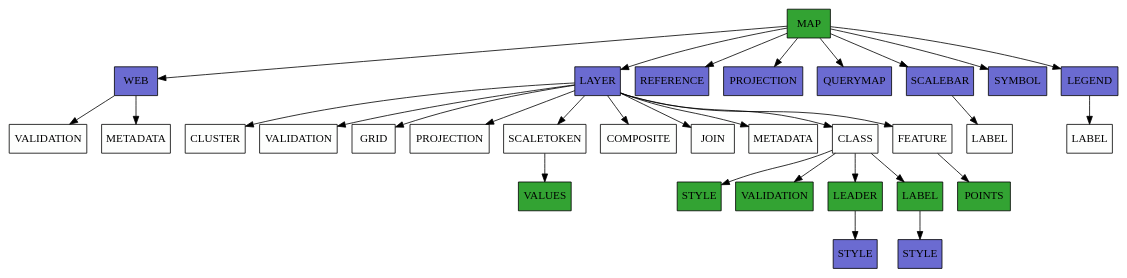
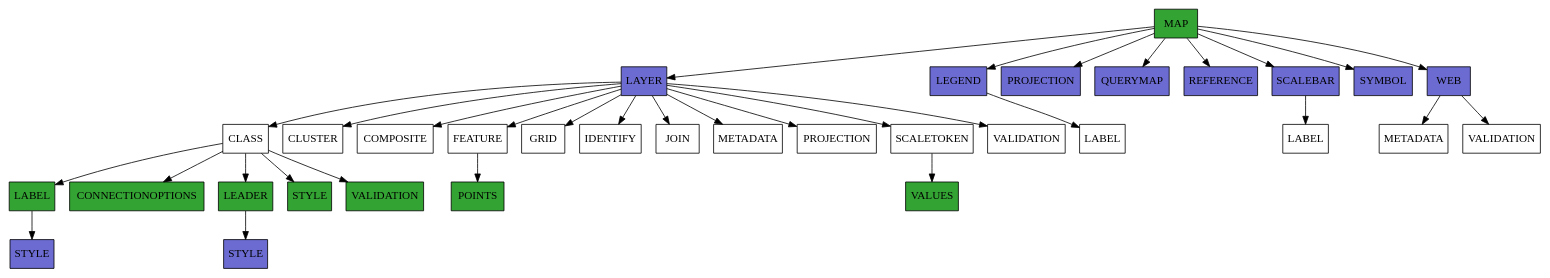
The diagram in docs/images/map_classes.dot (geographika/mappyfile), drawn with Graphviz before and after one commit. The commit also changed 13 other files, not shown here.

```diff
--- a/docs/images/map_classes.dot
+++ b/docs/images/map_classes.dot
@@ -1,64 +1,68 @@
 digraph G {
 rankdir=TB;
-MAP [shape=polygon, style=filled, fontname="Lucida Sans", fillcolor="#33a333", label=MAP];
-MAP_WEB [shape=polygon, style=filled, fontname="Lucida Sans", fillcolor="#6b6bd1", label=WEB];
+MAP [fillcolor="#33a333", fontname="Lucida Sans", label=MAP, shape=polygon, style=filled];
+MAP_LAYER [fillcolor="#6b6bd1", fontname="Lucida Sans", label=LAYER, shape=polygon, style=filled];
+MAP -> MAP_LAYER;
+MAP_LAYER_CLASS [fillcolor="#fdfefd", fontname="Lucida Sans", label=CLASS, shape=polygon, style=filled];
+MAP_LAYER -> MAP_LAYER_CLASS;
+MAP_LAYER_CLASS_LABEL [fillcolor="#33a333", fontname="Lucida Sans", label=LABEL, shape=polygon, style=filled];
+MAP_LAYER_CLASS -> MAP_LAYER_CLASS_LABEL;
+MAP_LAYER_CLASS_LABEL_STYLE [fillcolor="#6b6bd1", fontname="Lucida Sans", label=STYLE, shape=polygon, style=filled];
+MAP_LAYER_CLASS_LABEL -> MAP_LAYER_CLASS_LABEL_STYLE;
+MAP_LAYER_CLASS_CONNECTIONOPTIONS [fillcolor="#33a333", fontname="Lucida Sans", label=CONNECTIONOPTIONS, shape=polygon, style=filled];
+MAP_LAYER_CLASS -> MAP_LAYER_CLASS_CONNECTIONOPTIONS;
+MAP_LAYER_CLASS_LEADER [fillcolor="#33a333", fontname="Lucida Sans", label=LEADER, shape=polygon, style=filled];
+MAP_LAYER_CLASS -> MAP_LAYER_CLASS_LEADER;
+MAP_LAYER_CLASS_LEADER_STYLE [fillcolor="#6b6bd1", fontname="Lucida Sans", label=STYLE, shape=polygon, style=filled];
+MAP_LAYER_CLASS_LEADER -> MAP_LAYER_CLASS_LEADER_STYLE;
+MAP_LAYER_CLASS_STYLE [fillcolor="#33a333", fontname="Lucida Sans", label=STYLE, shape=polygon, style=filled];
+MAP_LAYER_CLASS -> MAP_LAYER_CLASS_STYLE;
+MAP_LAYER_CLASS_VALIDATION [fillcolor="#33a333", fontname="Lucida Sans", label=VALIDATION, shape=polygon, style=filled];
+MAP_LAYER_CLASS -> MAP_LAYER_CLASS_VALIDATION;
+MAP_LAYER_CLUSTER [fillcolor="#fdfefd", fontname="Lucida Sans", label=CLUSTER, shape=polygon, style=filled];
+MAP_LAYER -> MAP_LAYER_CLUSTER;
+MAP_LAYER_COMPOSITE [fillcolor="#fdfefd", fontname="Lucida Sans", label=COMPOSITE, shape=polygon, style=filled];
+MAP_LAYER -> MAP_LAYER_COMPOSITE;
+MAP_LAYER_FEATURE [fillcolor="#fdfefd", fontname="Lucida Sans", label=FEATURE, shape=polygon, style=filled];
+MAP_LAYER -> MAP_LAYER_FEATURE;
+MAP_LAYER_FEATURE_POINTS [fillcolor="#33a333", fontname="Lucida Sans", label=POINTS, shape=polygon, style=filled];
+MAP_LAYER_FEATURE -> MAP_LAYER_FEATURE_POINTS;
+MAP_LAYER_GRID [fillcolor="#fdfefd", fontname="Lucida Sans", label=GRID, shape=polygon, style=filled];
+MAP_LAYER -> MAP_LAYER_GRID;
+MAP_LAYER_IDENTIFY [fillcolor="#fdfefd", fontname="Lucida Sans", label=IDENTIFY, shape=polygon, style=filled];
+MAP_LAYER -> MAP_LAYER_IDENTIFY;
+MAP_LAYER_JOIN [fillcolor="#fdfefd", fontname="Lucida Sans", label=JOIN, shape=polygon, style=filled];
+MAP_LAYER -> MAP_LAYER_JOIN;
+MAP_LAYER_METADATA [fillcolor="#fdfefd", fontname="Lucida Sans", label=METADATA, shape=polygon, style=filled];
+MAP_LAYER -> MAP_LAYER_METADATA;
+MAP_LAYER_PROJECTION [fillcolor="#fdfefd", fontname="Lucida Sans", label=PROJECTION, shape=polygon, style=filled];
+MAP_LAYER -> MAP_LAYER_PROJECTION;
+MAP_LAYER_SCALETOKEN [fillcolor="#fdfefd", fontname="Lucida Sans", label=SCALETOKEN, shape=polygon, style=filled];
+MAP_LAYER -> MAP_LAYER_SCALETOKEN;
+MAP_LAYER_SCALETOKEN_VALUES [fillcolor="#33a333", fontname="Lucida Sans", label=VALUES, shape=polygon, style=filled];
+MAP_LAYER_SCALETOKEN -> MAP_LAYER_SCALETOKEN_VALUES;
+MAP_LAYER_VALIDATION [fillcolor="#fdfefd", fontname="Lucida Sans", label=VALIDATION, shape=polygon, style=filled];
+MAP_LAYER -> MAP_LAYER_VALIDATION;
+MAP_LEGEND [fillcolor="#6b6bd1", fontname="Lucida Sans", label=LEGEND, shape=polygon, style=filled];
+MAP -> MAP_LEGEND;
+MAP_LEGEND_LABEL [fillcolor="#fdfefd", fontname="Lucida Sans", label=LABEL, shape=polygon, style=filled];
+MAP_LEGEND -> MAP_LEGEND_LABEL;
+MAP_PROJECTION [fillcolor="#6b6bd1", fontname="Lucida Sans", label=PROJECTION, shape=polygon, style=filled];
+MAP -> MAP_PROJECTION;
+MAP_QUERYMAP [fillcolor="#6b6bd1", fontname="Lucida Sans", label=QUERYMAP, shape=polygon, style=filled];
+MAP -> MAP_QUERYMAP;
+MAP_REFERENCE [fillcolor="#6b6bd1", fontname="Lucida Sans", label=REFERENCE, shape=polygon, style=filled];
+MAP -> MAP_REFERENCE;
+MAP_SCALEBAR [fillcolor="#6b6bd1", fontname="Lucida Sans", label=SCALEBAR, shape=polygon, style=filled];
+MAP -> MAP_SCALEBAR;
+MAP_SCALEBAR_LABEL [fillcolor="#fdfefd", fontname="Lucida Sans", label=LABEL, shape=polygon, style=filled];
+MAP_SCALEBAR -> MAP_SCALEBAR_LABEL;
+MAP_SYMBOL [fillcolor="#6b6bd1", fontname="Lucida Sans", label=SYMBOL, shape=polygon, style=filled];
+MAP -> MAP_SYMBOL;
+MAP_WEB [fillcolor="#6b6bd1", fontname="Lucida Sans", label=WEB, shape=polygon, style=filled];
 MAP -> MAP_WEB;
-MAP_WEB_VALIDATION [shape=polygon, style=filled, fontname="Lucida Sans", fillcolor="#fdfefd", label=VALIDATION];
+MAP_WEB_METADATA [fillcolor="#fdfefd", fontname="Lucida Sans", label=METADATA, shape=polygon, style=filled];
+MAP_WEB -> MAP_WEB_METADATA;
+MAP_WEB_VALIDATION [fillcolor="#fdfefd", fontname="Lucida Sans", label=VALIDATION, shape=polygon, style=filled];
 MAP_WEB -> MAP_WEB_VALIDATION;
-MAP_WEB_METADATA [shape=polygon, style=filled, fontname="Lucida Sans", fillcolor="#fdfefd", label=METADATA];
-MAP_WEB -> MAP_WEB_METADATA;
-MAP_LAYER [shape=polygon, style=filled, fontname="Lucida Sans", fillcolor="#6b6bd1", label=LAYER];
-MAP -> MAP_LAYER;
-MAP_LAYER_CLUSTER [shape=polygon, style=filled, fontname="Lucida Sans", fillcolor="#fdfefd", label=CLUSTER];
-MAP_LAYER -> MAP_LAYER_CLUSTER;
-MAP_LAYER_VALIDATION [shape=polygon, style=filled, fontname="Lucida Sans", fillcolor="#fdfefd", label=VALIDATION];
-MAP_LAYER -> MAP_LAYER_VALIDATION;
-MAP_LAYER_GRID [shape=polygon, style=filled, fontname="Lucida Sans", fillcolor="#fdfefd", label=GRID];
-MAP_LAYER -> MAP_LAYER_GRID;
-MAP_LAYER_PROJECTION [shape=polygon, style=filled, fontname="Lucida Sans", fillcolor="#fdfefd", label=PROJECTION];
-MAP_LAYER -> MAP_LAYER_PROJECTION;
-MAP_LAYER_SCALETOKEN [shape=polygon, style=filled, fontname="Lucida Sans", fillcolor="#fdfefd", label=SCALETOKEN];
-MAP_LAYER -> MAP_LAYER_SCALETOKEN;
-MAP_LAYER_SCALETOKEN_VALUES [shape=polygon, style=filled, fontname="Lucida Sans", fillcolor="#33a333", label=VALUES];
-MAP_LAYER_SCALETOKEN -> MAP_LAYER_SCALETOKEN_VALUES;
-MAP_LAYER_COMPOSITE [shape=polygon, style=filled, fontname="Lucida Sans", fillcolor="#fdfefd", label=COMPOSITE];
-MAP_LAYER -> MAP_LAYER_COMPOSITE;
-MAP_LAYER_JOIN [shape=polygon, style=filled, fontname="Lucida Sans", fillcolor="#fdfefd", label=JOIN];
-MAP_LAYER -> MAP_LAYER_JOIN;
-MAP_LAYER_METADATA [shape=polygon, style=filled, fontname="Lucida Sans", fillcolor="#fdfefd", label=METADATA];
-MAP_LAYER -> MAP_LAYER_METADATA;
-MAP_LAYER_CLASS [shape=polygon, style=filled, fontname="Lucida Sans", fillcolor="#fdfefd", label=CLASS];
-MAP_LAYER -> MAP_LAYER_CLASS;
-MAP_LAYER_CLASS_STYLE [shape=polygon, style=filled, fontname="Lucida Sans", fillcolor="#33a333", label=STYLE];
-MAP_LAYER_CLASS -> MAP_LAYER_CLASS_STYLE;
-MAP_LAYER_CLASS_VALIDATION [shape=polygon, style=filled, fontname="Lucida Sans", fillcolor="#33a333", label=VALIDATION];
-MAP_LAYER_CLASS -> MAP_LAYER_CLASS_VALIDATION;
-MAP_LAYER_CLASS_LEADER [shape=polygon, style=filled, fontname="Lucida Sans", fillcolor="#33a333", label=LEADER];
-MAP_LAYER_CLASS -> MAP_LAYER_CLASS_LEADER;
-MAP_LAYER_CLASS_LEADER_STYLE [shape=polygon, style=filled, fontname="Lucida Sans", fillcolor="#6b6bd1", label=STYLE];
-MAP_LAYER_CLASS_LEADER -> MAP_LAYER_CLASS_LEADER_STYLE;
-MAP_LAYER_CLASS_LABEL [shape=polygon, style=filled, fontname="Lucida Sans", fillcolor="#33a333", label=LABEL];
-MAP_LAYER_CLASS -> MAP_LAYER_CLASS_LABEL;
-MAP_LAYER_CLASS_LABEL_STYLE [shape=polygon, style=filled, fontname="Lucida Sans", fillcolor="#6b6bd1", label=STYLE];
-MAP_LAYER_CLASS_LABEL -> MAP_LAYER_CLASS_LABEL_STYLE;
-MAP_LAYER_FEATURE [shape=polygon, style=filled, fontname="Lucida Sans", fillcolor="#fdfefd", label=FEATURE];
-MAP_LAYER -> MAP_LAYER_FEATURE;
-MAP_LAYER_FEATURE_POINTS [shape=polygon, style=filled, fontname="Lucida Sans", fillcolor="#33a333", label=POINTS];
-MAP_LAYER_FEATURE -> MAP_LAYER_FEATURE_POINTS;
-MAP_REFERENCE [shape=polygon, style=filled, fontname="Lucida Sans", fillcolor="#6b6bd1", label=REFERENCE];
-MAP -> MAP_REFERENCE;
-MAP_PROJECTION [shape=polygon, style=filled, fontname="Lucida Sans", fillcolor="#6b6bd1", label=PROJECTION];
-MAP -> MAP_PROJECTION;
-MAP_QUERYMAP [shape=polygon, style=filled, fontname="Lucida Sans", fillcolor="#6b6bd1", label=QUERYMAP];
-MAP -> MAP_QUERYMAP;
-MAP_SCALEBAR [shape=polygon, style=filled, fontname="Lucida Sans", fillcolor="#6b6bd1", label=SCALEBAR];
-MAP -> MAP_SCALEBAR;
-MAP_SCALEBAR_LABEL [shape=polygon, style=filled, fontname="Lucida Sans", fillcolor="#fdfefd", label=LABEL];
-MAP_SCALEBAR -> MAP_SCALEBAR_LABEL;
-MAP_SYMBOL [shape=polygon, style=filled, fontname="Lucida Sans", fillcolor="#6b6bd1", label=SYMBOL];
-MAP -> MAP_SYMBOL;
-MAP_LEGEND [shape=polygon, style=filled, fontname="Lucida Sans", fillcolor="#6b6bd1", label=LEGEND];
-MAP -> MAP_LEGEND;
-MAP_LEGEND_LABEL [shape=polygon, style=filled, fontname="Lucida Sans", fillcolor="#fdfefd", label=LABEL];
-MAP_LEGEND -> MAP_LEGEND_LABEL;
 }
```
